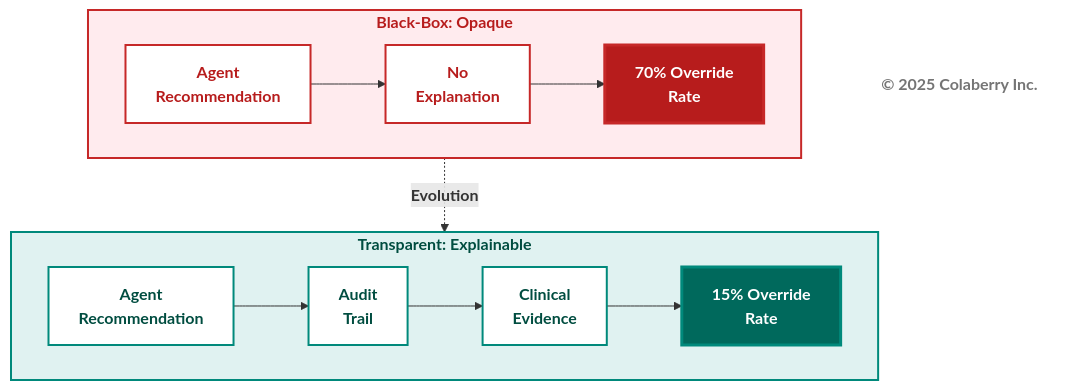
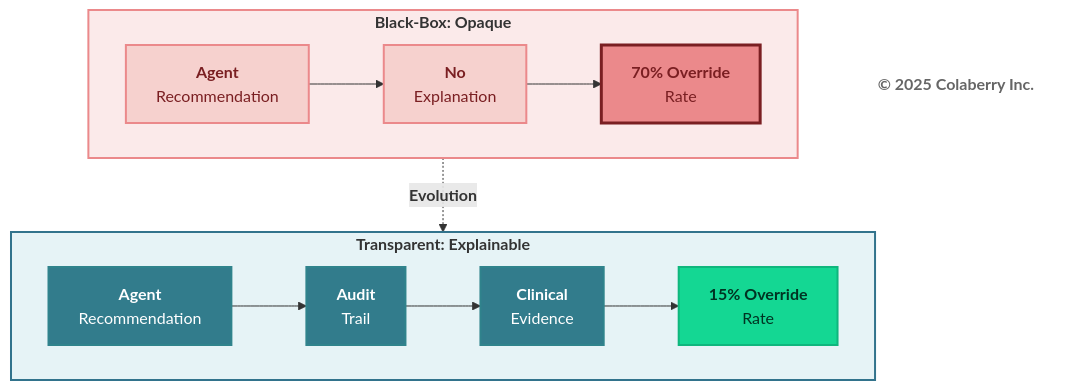
Before and after one commit to saitejesh-cyber/trust-before-intelligence-book: diagram 12 of 12 in manuscript/03_chapter_2_inpact_framework.md, drawn with Mermaid. The commit also changed other lines of this file, not shown here.

Commit message:
Update mermaid diagrams as per new coloberry color and contrast ratio for chapter 3

````diff
--- a/manuscript/03_chapter_2_inpact_framework.md
+++ b/manuscript/03_chapter_2_inpact_framework.md
@@ -844,33 +864,38 @@
 ```mermaid
 graph TB
     subgraph ERA1["<b>Black-Box: Opaque</b>"]
         direction LR
-        A1["<b>Agent<br/>Recommendation</b>"] --> B1["<b>No<br/>Explanation</b>"]
-        B1 --> D1["<b>70% Override<br/>Rate</b>"]
+        A1["<b>Agent</b><br/>Recommendation"]
+        B1["<b>No</b><br/>Explanation"]
+        D1["<b>70% Override</b><br/>Rate"]
         
-        style D1 fill:#b71c1c,color:#ffffff,stroke:#c62828,stroke-width:3px
+        A1 --> B1 --> D1
     end
     
     ERA1 -.->|<b>Evolution</b>| ERA2
     
     subgraph ERA2["<b>Transparent: Explainable</b>"]
         direction LR
-        A2["<b>Agent<br/>Recommendation</b>"] --> B2["<b>Audit<br/>Trail</b>"]
-        B2 --> C2["<b>Clinical<br/>Evidence</b>"]
-        C2 --> D2["<b>15% Override<br/>Rate</b>"]
+        A2["<b>Agent</b><br/>Recommendation"]
+        B2["<b>Audit</b><br/>Trail"]
+        C2["<b>Clinical</b><br/>Evidence"]
+        D2["<b>15% Override</b><br/>Rate"]
         
-        style D2 fill:#00695c,color:#ffffff,stroke:#00897b,stroke-width:3px
+        A2 --> B2 --> C2 --> D2
     end
-    
-    style ERA1 fill:#ffebee,stroke:#c62828,stroke-width:2px,color:#b71c1c
-    style A1 fill:#ffffff,stroke:#c62828,stroke-width:2px,color:#b71c1c
-    style B1 fill:#ffffff,stroke:#c62828,stroke-width:2px,color:#b71c1c
-    
-    style ERA2 fill:#e0f2f1,stroke:#00897b,stroke-width:2px,color:#004d40
-    style A2 fill:#ffffff,stroke:#00897b,stroke-width:2px,color:#004d40
-    style B2 fill:#ffffff,stroke:#00897b,stroke-width:2px,color:#004d40
-    style C2 fill:#ffffff,stroke:#00897b,stroke-width:2px,color:#004d40
+
+    style ERA1 fill:#FBEAEA,stroke:#EB898B,stroke-width:2px
+    style A1 fill:#F6D1CE,stroke:#EB898B,stroke-width:2px,color:#7A1F22
+    style B1 fill:#F6D1CE,stroke:#EB898B,stroke-width:2px,color:#7A1F22
+
+    style D1 fill:#EB898B,stroke:#7A1F22,stroke-width:3px,color:#7A1F22
+
+    style ERA2 fill:#E6F3F6,stroke:#32738C,stroke-width:2px
+    style A2 fill:#327C8C,stroke:#30838C,stroke-width:2px,color:#ffffff
+    style B2 fill:#327C8C,stroke:#30838C,stroke-width:2px,color:#ffffff
+    style C2 fill:#327C8C,stroke:#30838C,stroke-width:2px,color:#ffffff
+    style D2 fill:#14D793,stroke:#0FB67D,stroke-width:2px,color:#003322
     
     Copyright["<b>© 2025 Colaberry Inc.</b>"]
-    style Copyright fill:#ffffff,stroke:none,color:#757575
+    style Copyright fill:#ffffff,stroke:none,color:#666666
 ```
````
